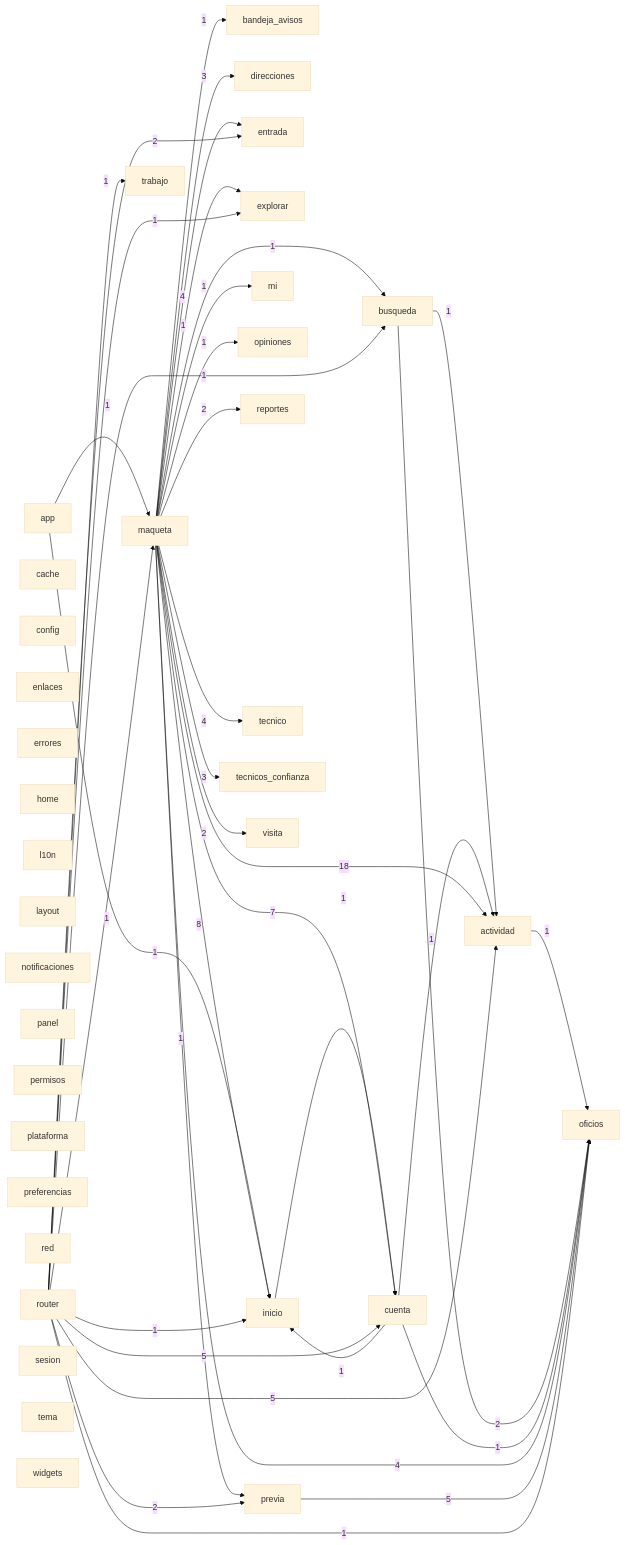
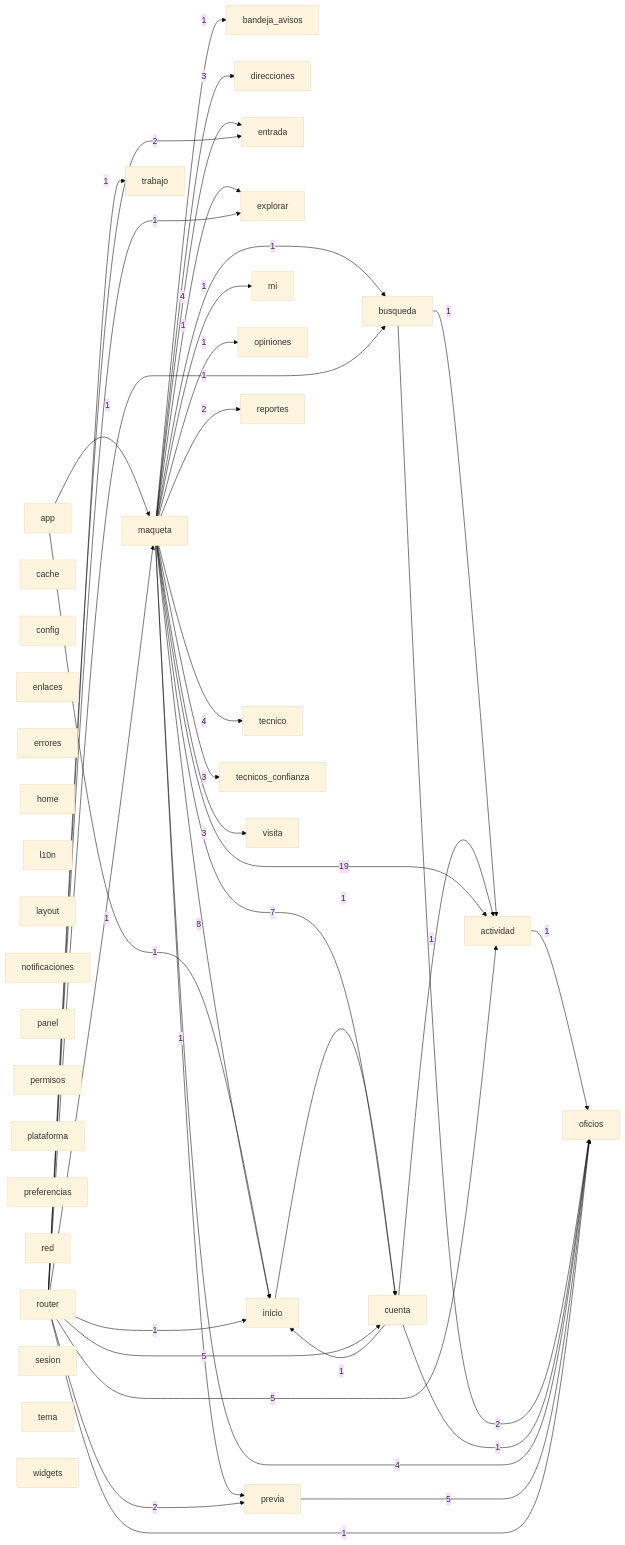
One commit to Tensei-Devs/knock-frontend changed the diagram in docs/architecture/modules.mmd. Above: the diagram before and after it, drawn with Mermaid (base theme). The commit also changed 18 other files, not shown here.

```diff
--- a/docs/architecture/modules.mmd
+++ b/docs/architecture/modules.mmd
@@ -1,73 +1,73 @@
 graph LR
   actividad["actividad"]
   app["app"]
   bandeja_avisos["bandeja_avisos"]
   busqueda["busqueda"]
   cache["cache"]
   config["config"]
   cuenta["cuenta"]
   direcciones["direcciones"]
   enlaces["enlaces"]
   entrada["entrada"]
   errores["errores"]
   explorar["explorar"]
   home["home"]
   inicio["inicio"]
   l10n["l10n"]
   layout["layout"]
   maqueta["maqueta"]
   mi["mi"]
   notificaciones["notificaciones"]
   oficios["oficios"]
   opiniones["opiniones"]
   panel["panel"]
   permisos["permisos"]
   plataforma["plataforma"]
   preferencias["preferencias"]
   previa["previa"]
   red["red"]
   reportes["reportes"]
   router["router"]
   sesion["sesion"]
   tecnico["tecnico"]
   tecnicos_confianza["tecnicos_confianza"]
   tema["tema"]
   trabajo["trabajo"]
   visita["visita"]
   widgets["widgets"]
   actividad -->|1| oficios
   app -->|1| inicio
   app -->|1| maqueta
   busqueda -->|1| actividad
   busqueda -->|2| oficios
   cuenta -->|1| actividad
   cuenta -->|1| inicio
   cuenta -->|1| oficios
   inicio -->|1| cuenta
-  maqueta -->|18| actividad
+  maqueta -->|19| actividad
   maqueta -->|1| bandeja_avisos
   maqueta -->|1| busqueda
   maqueta -->|7| cuenta
   maqueta -->|3| direcciones
   maqueta -->|4| entrada
   maqueta -->|1| explorar
   maqueta -->|8| inicio
   maqueta -->|1| mi
   maqueta -->|4| oficios
   maqueta -->|1| opiniones
   maqueta -->|1| previa
   maqueta -->|2| reportes
   maqueta -->|4| tecnico
   maqueta -->|3| tecnicos_confianza
-  maqueta -->|2| visita
+  maqueta -->|3| visita
   previa -->|5| oficios
   router -->|5| actividad
   router -->|1| busqueda
   router -->|5| cuenta
   router -->|2| entrada
   router -->|1| explorar
   router -->|1| inicio
   router -->|1| maqueta
   router -->|1| oficios
   router -->|2| previa
   router -->|1| trabajo
```
